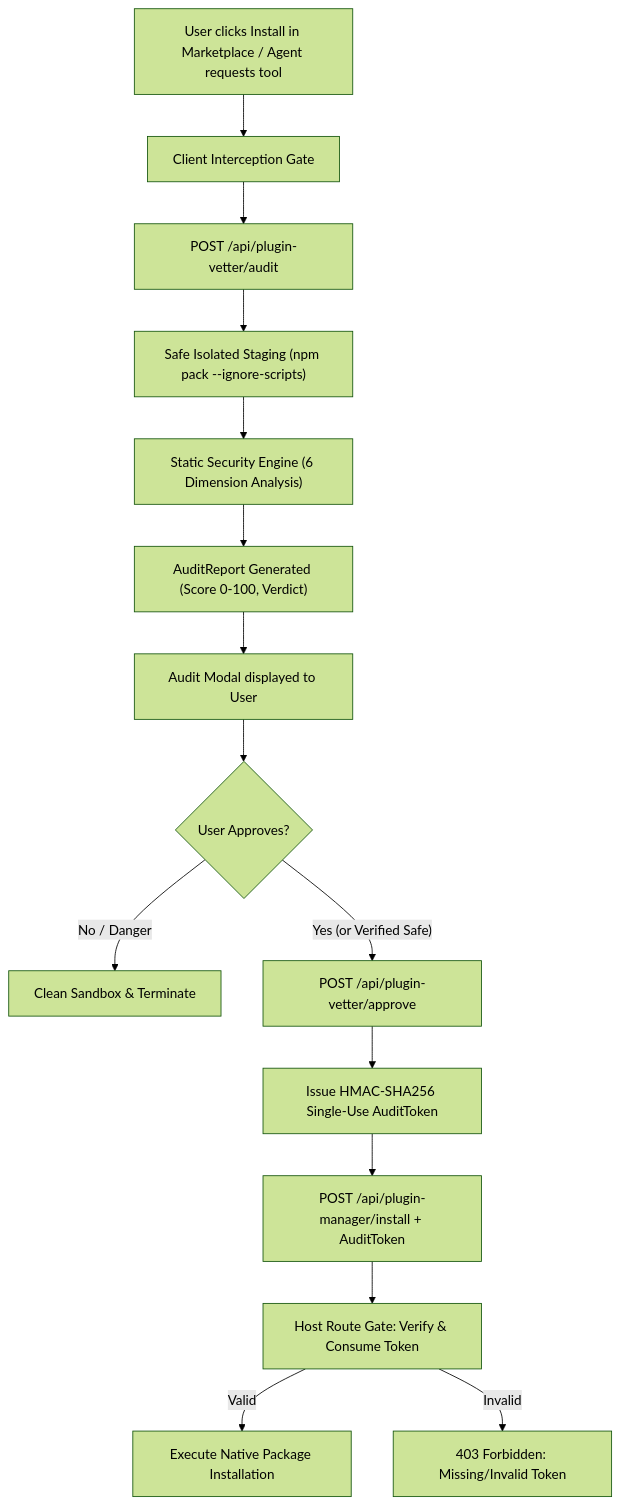
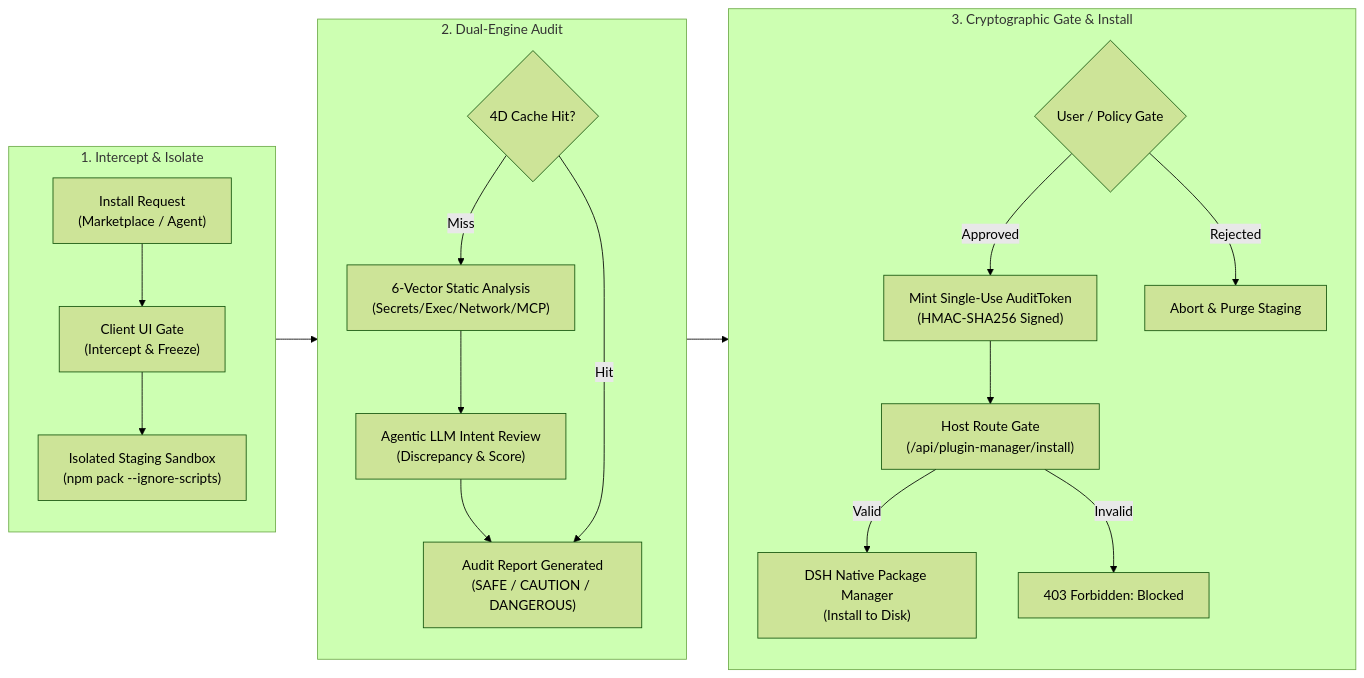
The diagram in README.md (Ronnoc/dsh-plugin-guard), drawn with Mermaid (forest theme) before and after one commit. The commit also changed 1 other file, not shown here.

Commit message:
docs: update architecture flowcharts in README

````diff
--- a/README.md
+++ b/README.md
@@ -59,17 +59,30 @@
 ```mermaid
-flowchart TD
-    User["User clicks Install in Marketplace / Agent requests tool"] --> Intercept["Client Interception Gate"]
-    Intercept --> RequestAudit["POST /api/plugin-vetter/audit"]
-    RequestAudit --> Staging["Safe Isolated Staging (npm pack --ignore-scripts)"]
-    Staging --> Scan["Static Security Engine (6 Dimension Analysis)"]
-    Scan --> Report["AuditReport Generated (Score 0-100, Verdict)"]
-    Report --> Modal["Audit Modal displayed to User"]
-    Modal --> Choice{"User Approves?"}
-    Choice -- "No / Danger" --> Abort["Clean Sandbox & Terminate"]
-    Choice -- "Yes (or Verified Safe)" --> TokenReq["POST /api/plugin-vetter/approve"]
-    TokenReq --> IssueToken["Issue HMAC-SHA256 Single-Use AuditToken"]
-    IssueToken --> RealInstall["POST /api/plugin-manager/install + AuditToken"]
-    RealInstall --> HostGate["Host Route Gate: Verify & Consume Token"]
-    HostGate -- Valid --> NativeInstall["Execute Native Package Installation"]
-    HostGate -- Invalid --> Reject["403 Forbidden: Missing/Invalid Token"]
+flowchart LR
+    subgraph P1["1. Intercept & Isolate"]
+        direction TB
+        Trigger["Install Request\n(Marketplace / Agent)"] --> ClientGate["Client UI Gate\n(Intercept & Freeze)"]
+        ClientGate --> Staging["Isolated Staging Sandbox\n(npm pack --ignore-scripts)"]
+    end
+
+    subgraph P2["2. Dual-Engine Audit"]
+        direction TB
+        Cache{"4D Cache Hit?"}
+        Cache -- Miss --> Static["6-Vector Static Analysis\n(Secrets/Exec/Network/MCP)"]
+        Static --> Agent["Agentic LLM Intent Review\n(Discrepancy & Score)"]
+        Agent --> Report["Audit Report Generated\n(SAFE / CAUTION / DANGEROUS)"]
+        Cache -- Hit --> Report
+    end
+
+    subgraph P3["3. Cryptographic Gate & Install"]
+        direction TB
+        Gate{"User / Policy Gate"}
+        Gate -- Approved --> Token["Mint Single-Use AuditToken\n(HMAC-SHA256 Signed)"]
+        Token --> HostGate["Host Route Gate\n(/api/plugin-manager/install)"]
+        HostGate -- Valid --> Install["DSH Native Package Manager\n(Install to Disk)"]
+        Gate -- Rejected --> Abort["Abort & Purge Staging"]
+        HostGate -- Invalid --> Reject["403 Forbidden: Blocked"]
+    end
+
+    Staging --> Cache
+    Report --> Gate
 ```
````
